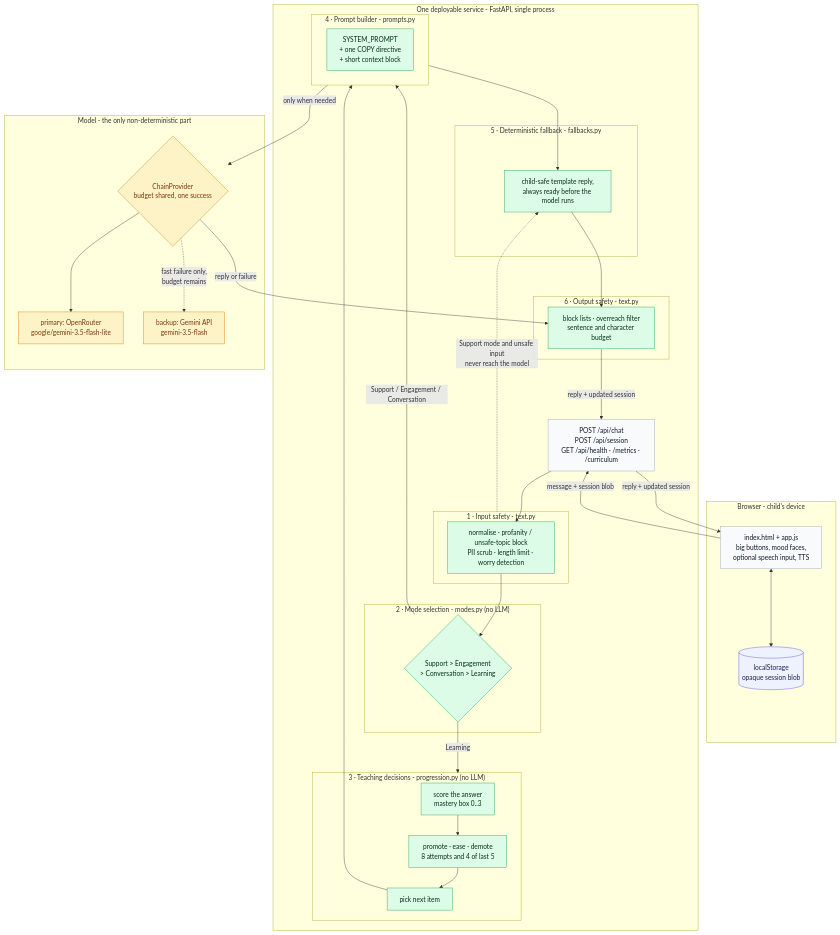
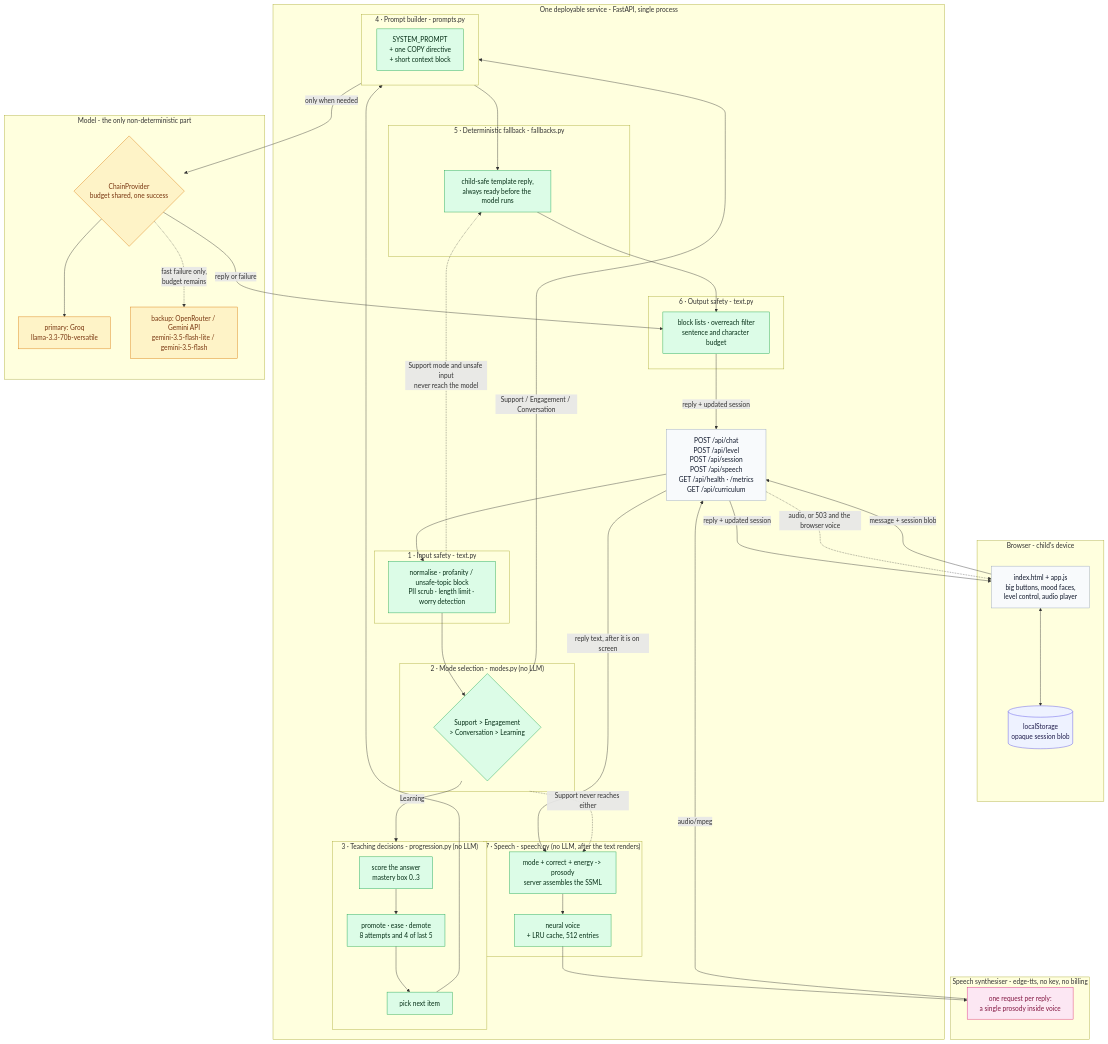
One commit to asifdotpy/brimsel-kids-chatbot changed the diagram in docs/architecture.mmd. Above: the diagram before and after it, drawn with Mermaid. The commit also changed 24 other files, not shown here.

First line of the commit message:
Fix UI scale and scroll, add a real voice and a visible level control

```diff
--- a/docs/architecture.mmd
+++ b/docs/architecture.mmd
@@ -1,70 +1,88 @@
 %%{init: {"theme": "base", "themeVariables": {"fontFamily": "Helvetica, Arial, sans-serif", "fontSize": "14px"}}} }%%
 flowchart TB
     subgraph BROWSER["Browser - child's device"]
-        UI["index.html + app.js<br/>big buttons, mood faces,<br/>optional speech input, TTS"]
+        UI["index.html + app.js<br/>big buttons, mood faces,<br/>level control, audio player"]
         LS[("localStorage<br/>opaque session blob")]
         UI <--> LS
     end
 
     subgraph SERVER["One deployable service - FastAPI, single process"]
-        API["POST /api/chat<br/>POST /api/session<br/>GET /api/health · /metrics · /curriculum"]
+        API["POST /api/chat<br/>POST /api/level<br/>POST /api/session<br/>POST /api/speech<br/>GET /api/health · /metrics<br/>GET /api/curriculum"]
 
         subgraph SAFETY["1 · Input safety - text.py"]
             S1["normalise · profanity / unsafe-topic block<br/>PII scrub · length limit · worry detection"]
         end
 
         subgraph MODE["2 · Mode selection - modes.py (no LLM)"]
             M1{"Support > Engagement<br/>&gt; Conversation > Learning"}
         end
 
         subgraph TEACH["3 · Teaching decisions - progression.py (no LLM)"]
             T1["score the answer<br/>mastery box 0..3"]
             T2["promote · ease · demote<br/>8 attempts and 4 of last 5"]
             T3["pick next item"]
         end
 
         subgraph PROMPT["4 · Prompt builder - prompts.py"]
             P1["SYSTEM_PROMPT<br/>+ one COPY directive<br/>+ short context block"]
         end
 
         subgraph FALLBACK["5 · Deterministic fallback - fallbacks.py"]
             F1["child-safe template reply,<br/>always ready before the model runs"]
         end
 
         subgraph OUT["6 · Output safety - text.py"]
             O1["block lists · overreach filter<br/>sentence and character budget"]
         end
+
+        subgraph SPEECH["7 · Speech - speech.py (no LLM, after the text renders)"]
+            SP1["mode + correct + energy -&gt; prosody<br/>server assembles the SSML"]
+            SP2["neural voice<br/>+ LRU cache, 512 entries"]
+            SP1 --> SP2
+        end
     end
 
     subgraph LLM["Model - the only non-deterministic part"]
         CH{"ChainProvider<br/>budget shared, one success"}
-        PR1["primary: OpenRouter<br/>google/gemini-3.5-flash-lite"]
-        PR2["backup: Gemini API<br/>gemini-3.5-flash"]
+        PR1["primary: Groq<br/>llama-3.3-70b-versatile"]
+        PR2["backup: OpenRouter / Gemini API<br/>gemini-3.5-flash-lite / gemini-3.5-flash"]
         CH --> PR1
         CH -. "fast failure only,\nbudget remains" .-> PR2
+    end
+
+    subgraph VOICE["Speech synthesiser - edge-tts, no key, no billing"]
+        V1["one request per reply:<br/>a single prosody inside voice"]
     end
 
     UI -->|"message + session blob"| API
     API --> S1
     S1 --> M1
     M1 -->|"Learning"| TEACH
     M1 -->|"Support / Engagement / Conversation"| PROMPT
     T1 --> T2 --> T3 --> PROMPT
     PROMPT --> F1
     PROMPT -->|"only when needed"| CH
     CH -->|"reply or failure"| O1
     F1 --> O1
     O1 -->|"reply + updated session"| API
     API -->|"reply + updated session"| UI
 
+    API -->|"reply text, after it is on screen"| SP1
+    SP2 --> V1
+    V1 -->|"audio/mpeg"| API
+    API -. "audio, or 503 and the browser voice" .-> UI
+
     SAFETY -. "Support mode and unsafe input<br/>never reach the model" .-> F1
+    MODE -. "Support never reaches either" .-> SP1
 
     classDef store fill:#eef2ff,stroke:#4f46e5,color:#1e1b4b
     classDef model fill:#fef3c7,stroke:#d97706,color:#78350f
     classDef deterministic fill:#dcfce7,stroke:#16a34a,color:#052e16
+    classDef voice fill:#fce7f3,stroke:#db2777,color:#831843
     classDef boundary fill:#f8fafc,stroke:#94a3b8,color:#0f172a
 
     class LS store
     class CH,PR1,PR2 model
-    class S1,M1,T1,T2,T3,P1,F1,O1 deterministic
+    class S1,M1,T1,T2,T3,P1,F1,O1,SP1,SP2 deterministic
+    class V1 voice
     class API,UI boundary
```
